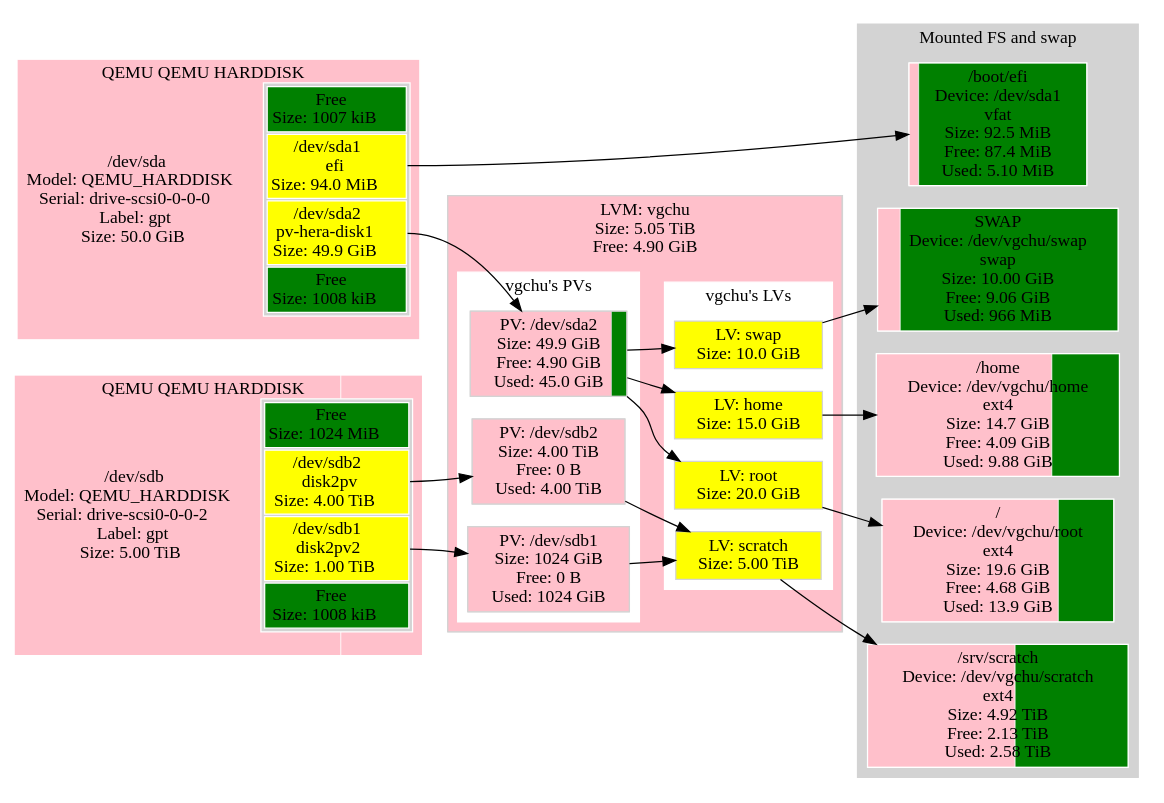
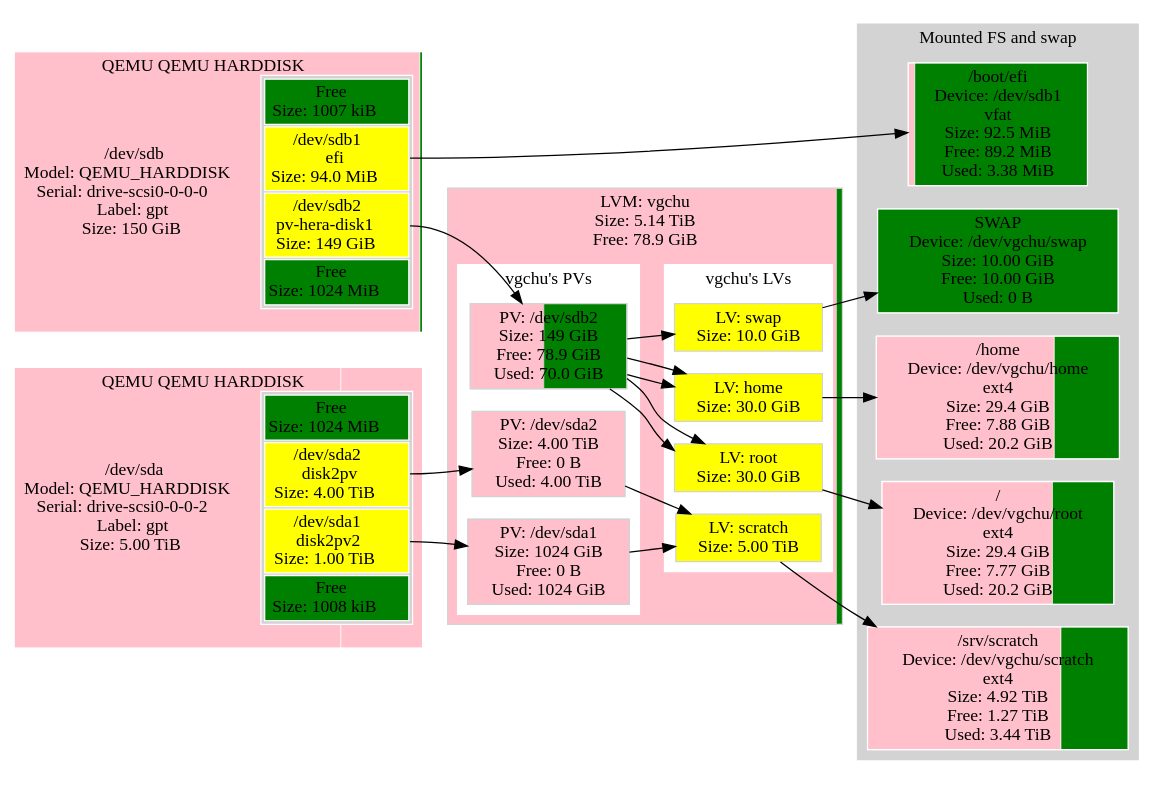
One commit to metacpan/metacpan-cpan-extracted changed the diagram in distros/S/StorageDisplay/data/ge95142-vm1.ref.dot. Above: the diagram before and after it, drawn with Graphviz. The commit also changed 6197 other files, not shown here.

```diff
--- a/distros/S/StorageDisplay/data/ge95142-vm1.ref.dot
+++ b/distros/S/StorageDisplay/data/ge95142-vm1.ref.dot
@@ -1,175 +1,177 @@
 digraph "machine"{
 	rankdir=LR;
 	{ "@Part: sda" [
 		label=<<TABLE BORDER="0" CELLPADDING="0" CELLSPACING="0">
-				<TR> <TD COLSPAN="2">QEMU QEMU HARDDISK</TD> </TR><TR><TD >/dev/sda<BR/>Model: QEMU_HARDDISK<BR/>Serial: drive-scsi0-0-0-0<BR/>Label: gpt<BR/>Size: 50.0 GiB</TD>    <TD BGCOLOR="lightgrey">
-				<TABLE >
-					<TR>
-						<TD bgcolor="green">
-						Free<BR/>Size: 1007 kiB
-						</TD>
-					</TR>
-					<TR>
-						<TD PORT="1" BGCOLOR="yellow">
-						/dev/sda1<BR/>efi<BR/>Size: 94.0 MiB
-						</TD>
-					</TR>
-					<TR>
-						<TD PORT="2" BGCOLOR="yellow">
-						/dev/sda2<BR/>pv-hera-disk1<BR/>Size: 49.9 GiB
-						</TD>
-					</TR>
-					<TR>
-						<TD bgcolor="green">
-						Free<BR/>Size: 1008 kiB
-						</TD>
-					</TR>
-				</TABLE>
-				</TD> </TR><TR> <TD COLSPAN="2"> </TD> </TR>
-			</TABLE>
-		>;
-		// Style node
-		color=white;
-		fillcolor=lightgrey;
-		shape="rectangle";
-		style=striped;
-		fillcolor="green;0.000019:pink;0.001836:pink;0.998125:green;0.000019";
-	]; }
-	{ "@Part: sdb" [
-		label=<<TABLE BORDER="0" CELLPADDING="0" CELLSPACING="0">
-				<TR> <TD COLSPAN="2">QEMU QEMU HARDDISK</TD> </TR><TR><TD >/dev/sdb<BR/>Model: QEMU_HARDDISK<BR/>Serial: drive-scsi0-0-0-2<BR/>Label: gpt<BR/>Size: 5.00 TiB</TD>    <TD BGCOLOR="lightgrey">
+				<TR> <TD COLSPAN="2">QEMU QEMU HARDDISK</TD> </TR><TR><TD >/dev/sda<BR/>Model: QEMU_HARDDISK<BR/>Serial: drive-scsi0-0-0-2<BR/>Label: gpt<BR/>Size: 5.00 TiB</TD>    <TD BGCOLOR="lightgrey">
 				<TABLE >
 					<TR>
 						<TD bgcolor="green">
 						Free<BR/>Size: 1024 MiB
 						</TD>
 					</TR>
 					<TR>
 						<TD PORT="2" BGCOLOR="yellow">
-						/dev/sdb2<BR/>disk2pv<BR/>Size: 4.00 TiB
+						/dev/sda2<BR/>disk2pv<BR/>Size: 4.00 TiB
 						</TD>
 					</TR>
 					<TR>
 						<TD PORT="1" BGCOLOR="yellow">
-						/dev/sdb1<BR/>disk2pv2<BR/>Size: 1.00 TiB
+						/dev/sda1<BR/>disk2pv2<BR/>Size: 1.00 TiB
 						</TD>
 					</TR>
 					<TR>
 						<TD bgcolor="green">
 						Free<BR/>Size: 1008 kiB
 						</TD>
 					</TR>
 				</TABLE>
 				</TD> </TR><TR> <TD COLSPAN="2"> </TD> </TR>
 			</TABLE>
 		>;
 		// Style node
 		color=white;
 		fillcolor=lightgrey;
 		shape="rectangle";
 		style=striped;
 		fillcolor="green;0.000195:pink;0.799804:pink;0.200000:green;0.000000";
 	]; }
+	{ "@Part: sdb" [
+		label=<<TABLE BORDER="0" CELLPADDING="0" CELLSPACING="0">
+				<TR> <TD COLSPAN="2">QEMU QEMU HARDDISK</TD> </TR><TR><TD >/dev/sdb<BR/>Model: QEMU_HARDDISK<BR/>Serial: drive-scsi0-0-0-0<BR/>Label: gpt<BR/>Size: 150 GiB</TD>    <TD BGCOLOR="lightgrey">
+				<TABLE >
+					<TR>
+						<TD bgcolor="green">
+						Free<BR/>Size: 1007 kiB
+						</TD>
+					</TR>
+					<TR>
+						<TD PORT="1" BGCOLOR="yellow">
+						/dev/sdb1<BR/>efi<BR/>Size: 94.0 MiB
+						</TD>
+					</TR>
+					<TR>
+						<TD PORT="2" BGCOLOR="yellow">
+						/dev/sdb2<BR/>pv-hera-disk1<BR/>Size: 149 GiB
+						</TD>
+					</TR>
+					<TR>
+						<TD bgcolor="green">
+						Free<BR/>Size: 1024 MiB
+						</TD>
+					</TR>
+				</TABLE>
+				</TD> </TR><TR> <TD COLSPAN="2"> </TD> </TR>
+			</TABLE>
+		>;
+		// Style node
+		color=white;
+		fillcolor=lightgrey;
+		shape="rectangle";
+		style=striped;
+		fillcolor="green;0.000006:pink;0.000612:pink;0.992715:green;0.006667";
+	]; }
 	subgraph "cluster_vgchu" {
 		style=filled;
 		color=lightgrey;
 		fillcolor=lightgrey;
 		node [style=filled,color=lightgrey,fillcolor=lightgrey,shape=rectangle];
 		subgraph "cluster_vgchu@PV" {
 			color=white;
 			fillcolor=white;
+			{ "LVM@vgchu@PV@sda1" [
+				label="PV: /dev/sda1\nSize: 1024 GiB\nFree: 0 B\nUsed: 1024 GiB";
+				style=striped;fillcolor="pink;1.000000.2:green"
+			]; }
 			{ "LVM@vgchu@PV@sda2" [
-				label="PV: /dev/sda2\nSize: 49.9 GiB\nFree: 4.90 GiB\nUsed: 45.0 GiB";
-				style=striped;fillcolor="pink;0.901761.2:green"
-			]; }
-			{ "LVM@vgchu@PV@sdb1" [
-				label="PV: /dev/sdb1\nSize: 1024 GiB\nFree: 0 B\nUsed: 1024 GiB";
+				label="PV: /dev/sda2\nSize: 4.00 TiB\nFree: 0 B\nUsed: 4.00 TiB";
 				style=striped;fillcolor="pink;1.000000.2:green"
 			]; }
 			{ "LVM@vgchu@PV@sdb2" [
-				label="PV: /dev/sdb2\nSize: 4.00 TiB\nFree: 0 B\nUsed: 4.00 TiB";
-				style=striped;fillcolor="pink;1.000000.2:green"
+				label="PV: /dev/sdb2\nSize: 149 GiB\nFree: 78.9 GiB\nUsed: 70.0 GiB";
+				style=striped;fillcolor="pink;0.470094.2:green"
 			]; }
 			label="vgchu's PVs";
 		}
 		subgraph "cluster_vgchu@LV" {
 			color=white;
 			fillcolor=white;
 			{ "dm-2" [
-				label="LV: home\nSize: 15.0 GiB";
+				label="LV: home\nSize: 30.0 GiB";
 				fillcolor="yellow"
 			]; }
 			{ "dm-0" [
-				label="LV: root\nSize: 20.0 GiB";
+				label="LV: root\nSize: 30.0 GiB";
 				fillcolor="yellow"
 			]; }
 			{ "dm-3" [
 				label="LV: scratch\nSize: 5.00 TiB";
 				fillcolor="yellow"
 			]; }
 			{ "dm-1" [
 				label="LV: swap\nSize: 10.0 GiB";
 				fillcolor="yellow"
 			]; }
 			label="vgchu's LVs";
 		}
-		label="LVM: vgchu\nSize: 5.05 TiB\nFree: 4.90 GiB";
-		style=striped;fillcolor="pink;0.999052.2:green"
+		label="LVM: vgchu\nSize: 5.14 TiB\nFree: 78.9 GiB";
+		style=striped;fillcolor="pink;0.985021.2:green"
 	}
 	subgraph "cluster_@FS" {
 		style=filled;
 		color=lightgrey;
 		fillcolor=lightgrey;
 		node [style=filled,color=white,fillcolor=lightgrey,shape=rectangle];
-		{ "@FS@SWAP" [
-			label="SWAP\nDevice: /dev/vgchu/swap\nswap\nSize: 10.00 GiB\nFree: 9.06 GiB\nUsed: 966 MiB";
-			style=striped;fillcolor="pink;0.094370.2:green"
-		]; }
 		{ "@FS@/home" [
-			label="/home\nDevice: /dev/vgchu/home\next4\nSize: 14.7 GiB\nFree: 4.09 GiB\nUsed: 9.88 GiB";
-			style=striped;fillcolor="pink;0.722092.2:green"
+			label="/home\nDevice: /dev/vgchu/home\next4\nSize: 29.4 GiB\nFree: 7.88 GiB\nUsed: 20.2 GiB";
+			style=striped;fillcolor="pink;0.732178.2:green"
 		]; }
 		{ "@FS@/" [
-			label="/\nDevice: /dev/vgchu/root\next4\nSize: 19.6 GiB\nFree: 4.68 GiB\nUsed: 13.9 GiB";
-			style=striped;fillcolor="pink;0.760903.2:green"
+			label="/\nDevice: /dev/vgchu/root\next4\nSize: 29.4 GiB\nFree: 7.77 GiB\nUsed: 20.2 GiB";
+			style=striped;fillcolor="pink;0.735435.2:green"
 		]; }
 		{ "@FS@/srv/scratch" [
-			label="/srv/scratch\nDevice: /dev/vgchu/scratch\next4\nSize: 4.92 TiB\nFree: 2.13 TiB\nUsed: 2.58 TiB";
-			style=striped;fillcolor="pink;0.566269.2:green"
+			label="/srv/scratch\nDevice: /dev/vgchu/scratch\next4\nSize: 4.92 TiB\nFree: 1.27 TiB\nUsed: 3.44 TiB";
+			style=striped;fillcolor="pink;0.742055.2:green"
 		]; }
 		{ "@FS@/boot/efi" [
-			label="/boot/efi\nDevice: /dev/sda1\nvfat\nSize: 92.5 MiB\nFree: 87.4 MiB\nUsed: 5.10 MiB";
-			style=striped;fillcolor="pink;0.055077.2:green"
+			label="/boot/efi\nDevice: /dev/sdb1\nvfat\nSize: 92.5 MiB\nFree: 89.2 MiB\nUsed: 3.38 MiB";
+			style=striped;fillcolor="pink;0.036487.2:green"
+		]; }
+		{ "@FS@SWAP@dm-1" [
+			label="SWAP\nDevice: /dev/vgchu/swap\nSize: 10.00 GiB\nFree: 10.00 GiB\nUsed: 0 B";
+			style=striped;fillcolor="green"
 		]; }
 		label="Mounted FS and swap";
 	}
 	subgraph "cluster_@libvirt" {
 		style=filled;
 		color=lightgrey;
 		fillcolor=lightgrey;
 		node [style=filled,color=white,fillcolor=lightgrey,shape=rectangle];
 		label="Libvirt Virtual Machines";
 	}
 	// Links from LVM VG: vgchu
-	"LVM@vgchu@PV@sda2" -> "dm-2"
-	"LVM@vgchu@PV@sda2" -> "dm-0"
-	"LVM@vgchu@PV@sdb2" -> "dm-3"
-	"LVM@vgchu@PV@sdb1" -> "dm-3"
-	"LVM@vgchu@PV@sda2" -> "dm-1"
+	"LVM@vgchu@PV@sdb2" -> "dm-2"
+	"LVM@vgchu@PV@sdb2" -> "dm-2"
+	"LVM@vgchu@PV@sdb2" -> "dm-0"
+	"LVM@vgchu@PV@sdb2" -> "dm-0"
+	"LVM@vgchu@PV@sda2" -> "dm-3"
+	"LVM@vgchu@PV@sda1" -> "dm-3"
+	"LVM@vgchu@PV@sdb2" -> "dm-1"
+	// Links for LVM@vgchu@PV@sda1
+	"@Part: sda":"1" -> "LVM@vgchu@PV@sda1"
 	// Links for LVM@vgchu@PV@sda2
 	"@Part: sda":"2" -> "LVM@vgchu@PV@sda2"
-	// Links for LVM@vgchu@PV@sdb1
-	"@Part: sdb":"1" -> "LVM@vgchu@PV@sdb1"
 	// Links for LVM@vgchu@PV@sdb2
 	"@Part: sdb":"2" -> "LVM@vgchu@PV@sdb2"
-	// Links for @FS@SWAP
-	"dm-1" -> "@FS@SWAP"
 	// Links for @FS@/home
 	"dm-2" -> "@FS@/home"
 	// Links for @FS@/
 	"dm-0" -> "@FS@/"
 	// Links for @FS@/srv/scratch
 	"dm-3" -> "@FS@/srv/scratch"
 	// Links for @FS@/boot/efi
-	"@Part: sda":"1" -> "@FS@/boot/efi"
+	"@Part: sdb":"1" -> "@FS@/boot/efi"
+	// Links for @FS@SWAP@dm-1
+	"dm-1" -> "@FS@SWAP@dm-1"
 }
```
